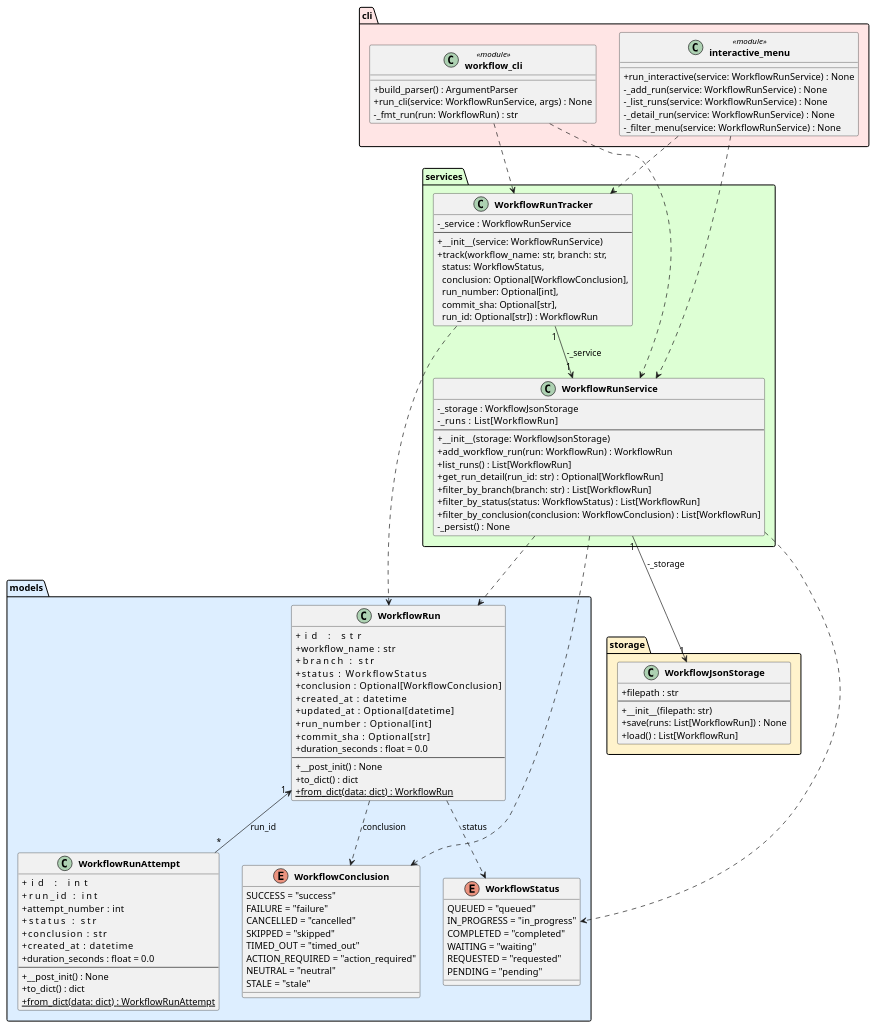
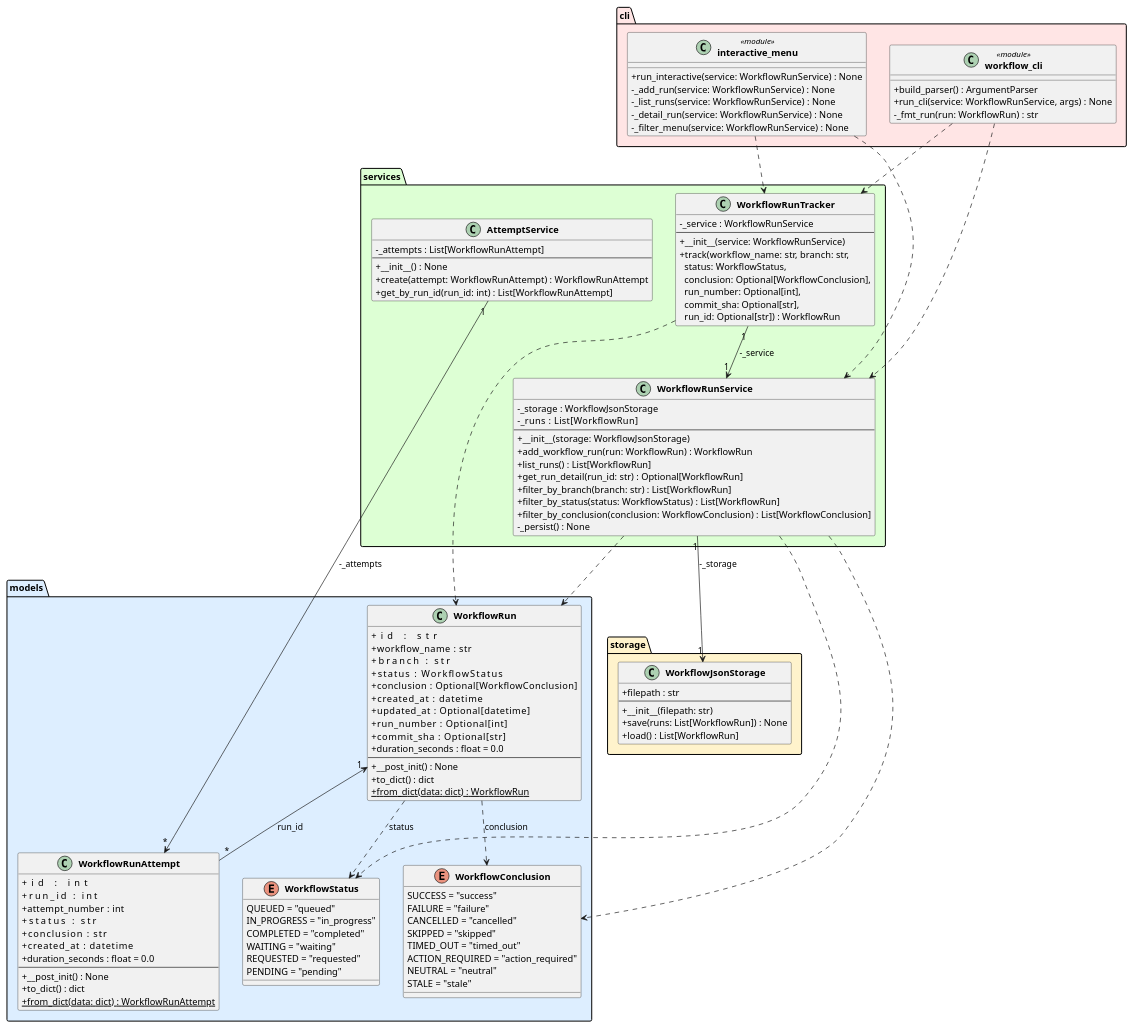
One commit to DanielRiha8906/Software_autoevolution_using_agents changed the diagram in experiments/supervisor_as_tools/test_driven/github-workflow-manager/artifacts/class_diagram.puml. Above: the diagram before and after it, drawn with PlantUML. The commit also changed 5 other files, not shown here.

First line of the commit message:
task 04: implement AttemptService with in-memory storage and composite key uniqueness

```diff
--- a/experiments/supervisor_as_tools/test_driven/github-workflow-manager/artifacts/class_diagram.puml
+++ b/experiments/supervisor_as_tools/test_driven/github-workflow-manager/artifacts/class_diagram.puml
@@ -1,122 +1,131 @@
 @startuml class_diagram
 
 skinparam classAttributeIconSize 0
 skinparam classFontStyle bold
 
 package "models" #DDEEFF {
     enum WorkflowStatus {
         QUEUED = "queued"
         IN_PROGRESS = "in_progress"
         COMPLETED = "completed"
         WAITING = "waiting"
         REQUESTED = "requested"
         PENDING = "pending"
     }
 
     enum WorkflowConclusion {
         SUCCESS = "success"
         FAILURE = "failure"
         CANCELLED = "cancelled"
         SKIPPED = "skipped"
         TIMED_OUT = "timed_out"
         ACTION_REQUIRED = "action_required"
         NEUTRAL = "neutral"
         STALE = "stale"
     }
 
     class WorkflowRun {
         +id               : str
         +workflow_name    : str
         +branch           : str
         +status           : WorkflowStatus
         +conclusion       : Optional[WorkflowConclusion]
         +created_at       : datetime
         +updated_at       : Optional[datetime]
         +run_number       : Optional[int]
         +commit_sha       : Optional[str]
         +duration_seconds : float = 0.0
         --
         +__post_init() : None
         +to_dict() : dict
         +{static} from_dict(data: dict) : WorkflowRun
     }
 
     class WorkflowRunAttempt {
         +id               : int
         +run_id           : int
         +attempt_number   : int
         +status           : str
         +conclusion       : str
         +created_at       : datetime
         +duration_seconds : float = 0.0
         --
         +__post_init() : None
         +to_dict() : dict
         +{static} from_dict(data: dict) : WorkflowRunAttempt
     }
 }
 
 package "storage" #FFF3CC {
     class WorkflowJsonStorage {
         +filepath : str
         --
         +__init__(filepath: str)
         +save(runs: List[WorkflowRun]) : None
         +load() : List[WorkflowRun]
     }
 }
 
 package "services" #DDFFD4 {
     class WorkflowRunService {
         -_storage : WorkflowJsonStorage
         -_runs    : List[WorkflowRun]
         --
         +__init__(storage: WorkflowJsonStorage)
         +add_workflow_run(run: WorkflowRun) : WorkflowRun
         +list_runs() : List[WorkflowRun]
         +get_run_detail(run_id: str) : Optional[WorkflowRun]
         +filter_by_branch(branch: str) : List[WorkflowRun]
         +filter_by_status(status: WorkflowStatus) : List[WorkflowRun]
-        +filter_by_conclusion(conclusion: WorkflowConclusion) : List[WorkflowRun]
+        +filter_by_conclusion(conclusion: WorkflowConclusion) : List[WorkflowConclusion]
         -_persist() : None
+    }
+
+    class AttemptService {
+        -_attempts : List[WorkflowRunAttempt]
+        --
+        +__init__() : None
+        +create(attempt: WorkflowRunAttempt) : WorkflowRunAttempt
+        +get_by_run_id(run_id: int) : List[WorkflowRunAttempt]
     }
 
     class WorkflowRunTracker {
         -_service : WorkflowRunService
         --
         +__init__(service: WorkflowRunService)
         +track(workflow_name: str, branch: str,\n  status: WorkflowStatus,\n  conclusion: Optional[WorkflowConclusion],\n  run_number: Optional[int],\n  commit_sha: Optional[str],\n  run_id: Optional[str]) : WorkflowRun
     }
 }
 
 package "cli" #FFE5E5 {
     class "workflow_cli" <<module>> {
         +build_parser() : ArgumentParser
         +run_cli(service: WorkflowRunService, args) : None
         -_fmt_run(run: WorkflowRun) : str
     }
 
     class "interactive_menu" <<module>> {
         +run_interactive(service: WorkflowRunService) : None
         -_add_run(service: WorkflowRunService) : None
         -_list_runs(service: WorkflowRunService) : None
         -_detail_run(service: WorkflowRunService) : None
         -_filter_menu(service: WorkflowRunService) : None
     }
 }
 
 WorkflowRun                ..>  WorkflowStatus        : status
 WorkflowRun                ..>  WorkflowConclusion    : conclusion
 WorkflowRun          "1" <-- "*" WorkflowRunAttempt  : run_id
 WorkflowRunService    "1" --> "1" WorkflowJsonStorage : -_storage
 WorkflowRunService         ..>  WorkflowRun
 WorkflowRunService         ..>  WorkflowStatus
 WorkflowRunService         ..>  WorkflowConclusion
+AttemptService       "1" --> "*" WorkflowRunAttempt  : -_attempts
 WorkflowRunTracker    "1" --> "1" WorkflowRunService  : -_service
 WorkflowRunTracker         ..>  WorkflowRun
 "workflow_cli"             ..>  WorkflowRunService
 "workflow_cli"             ..>  WorkflowRunTracker
 "interactive_menu"         ..>  WorkflowRunService
 "interactive_menu"         ..>  WorkflowRunTracker
 
 @enduml
```
